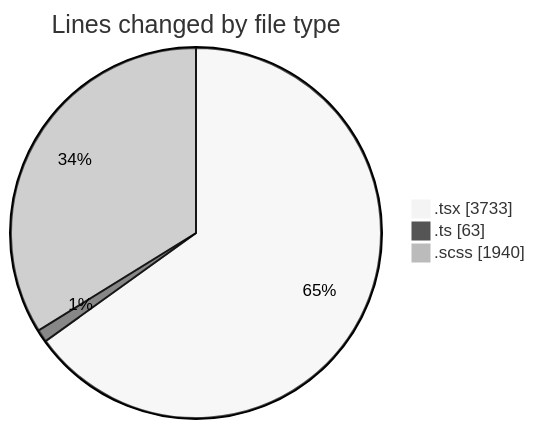
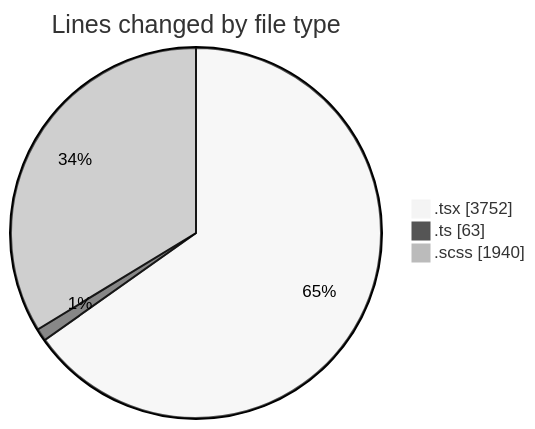
The first of 2 diagrams in 2025-04-02/cda/README.md (momahboobian/code-tracking), drawn with Mermaid (neutral theme) before and after one commit. The commit also changed other lines of this file and 1 other file, not shown here.

````diff
--- a/2025-04-02/cda/README.md
+++ b/2025-04-02/cda/README.md
@@ -30,7 +30,7 @@
 ```mermaid
 pie showData
 title Lines changed by file type
-".tsx" : 3733
+".tsx" : 3752
 ".ts" : 63
 ".scss" : 1940
 ```
````
